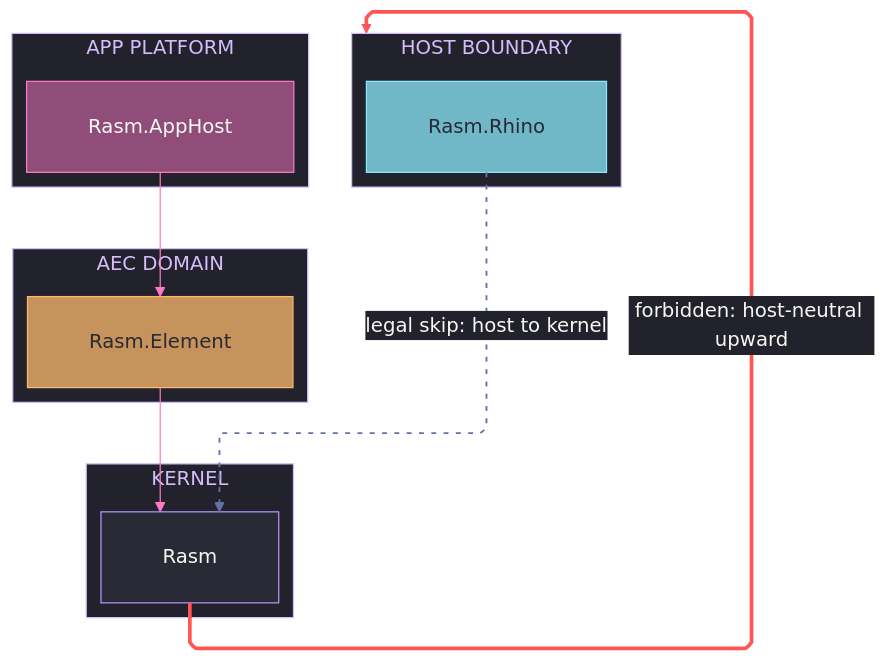
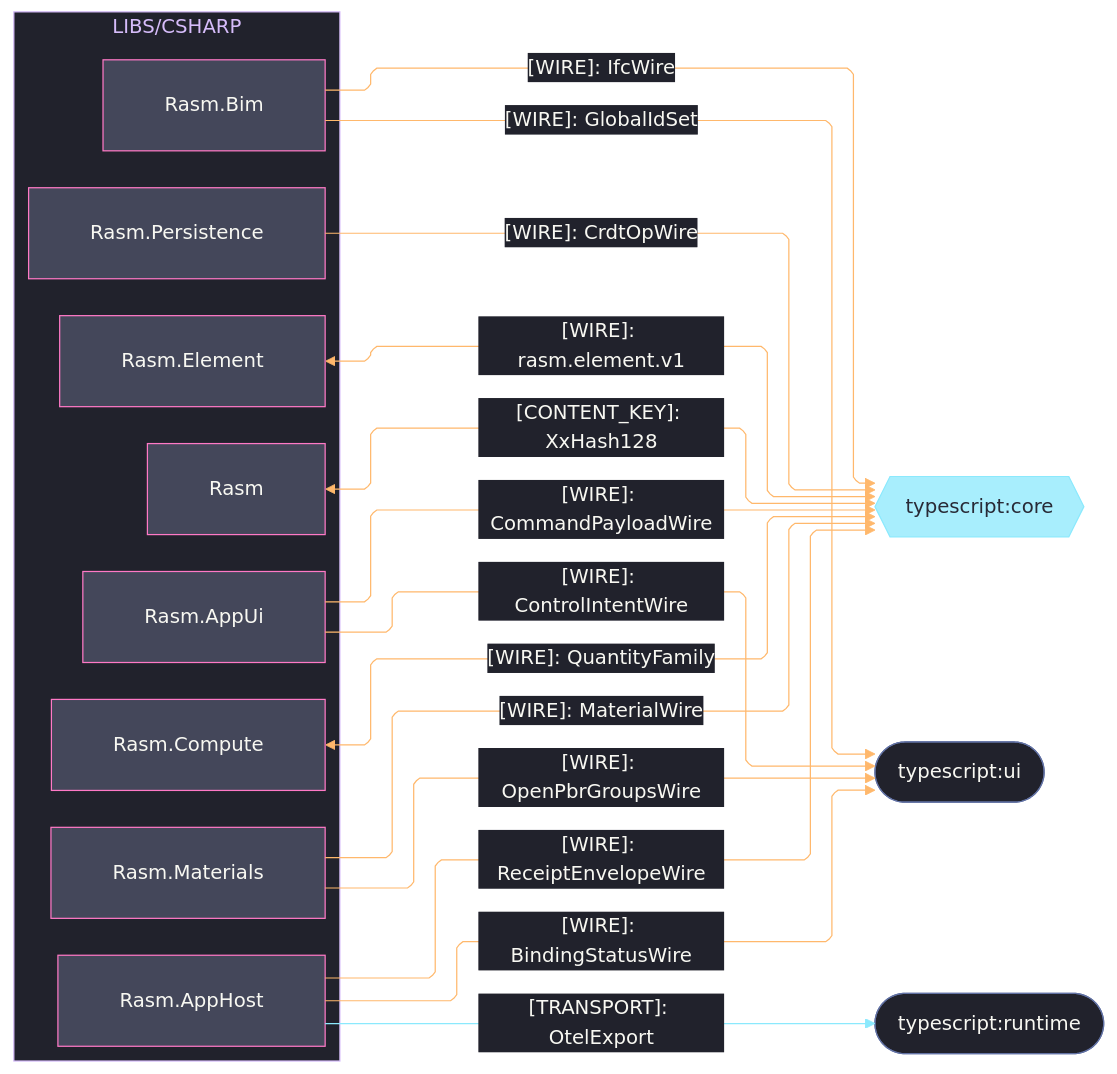
One commit to bsamiee/Rasm changed the third of 3 diagrams in libs/csharp/.planning/ARCHITECTURE.md. Above: the diagram before and after it, drawn with Mermaid. The commit also changed other lines of this file and 24 other files, not shown here.

Commit message:
architecture: seam registries + codemaps aligned across the estate (worker fabric edges, scene rows, csharp/ts seam mirrors)

````diff
--- a/libs/csharp/.planning/ARCHITECTURE.md
+++ b/libs/csharp/.planning/ARCHITECTURE.md
@@ -93,57 +186,67 @@
 ```mermaid
 ---
 config:
   theme: base
   look: classic
   layout: elk
   flowchart:
     curve: linear
     padding: 25
   themeVariables:
     darkMode: true
     fontFamily: "SF Mono, Menlo, Cascadia Mono, Segoe UI Mono, Consolas, monospace"
     useGradient: false
     dropShadow: "none"
     background: "#282A36"
     primaryColor: "#44475A"
     primaryTextColor: "#F8F8F2"
     primaryBorderColor: "#BD93F9"
     lineColor: "#FF79C6"
     textColor: "#F8F8F2"
     clusterBkg: "#21222C"
     clusterBorder: "#D6BCFA"
     edgeLabelBackground: "#21222C"
     labelBackgroundColor: "#21222C"
     titleColor: "#D6BCFA"
   themeCSS: ".nodeLabel{font-size:13px;font-weight:500}.edgeLabel{font-size:12px;font-weight:500}.cluster-label .nodeLabel{font-size:13.5px;font-weight:700;letter-spacing:.08em}.edge-thickness-normal{stroke-width:2px}.edge-thickness-thick{stroke-width:3px}.edge-pattern-dashed,.edge-pattern-dotted{stroke-width:1.5px;stroke-dasharray:4 6}.node rect,.node circle,.node polygon,.node path,.node .outer-path{stroke-width:1.5px;filter:none!important}.cluster rect{stroke-width:1px!important;stroke-dasharray:5 4!important;filter:none!important}.marker path{transform:scale(.8);transform-origin:5px 5px}.marker circle{transform:scale(.48);transform-origin:5px 5px}.edgeLabel rect{transform-box:fill-box;transform-origin:center;transform:scale(1.1,1.2)}"
 ---
-flowchart TB
-    accTitle: C# branch package stratum law
-    accDescr: Four stacked strata from the host boundary through the app platform and the AEC domain onto the kernel, downward-only reference edges, the host-boundary skip straight to the kernel, and the forbidden host-neutral upward edge styled red.
-    subgraph L4[HOST BOUNDARY]
-        Host[Rasm.Rhino]
+flowchart LR
+    accTitle: C# branch typescript seam registry
+    accDescr: C# packages producing kinded wires the typescript core, runtime, and ui domains decode — data-bearing kinds on the orange rail, telemetry transport on the cyan rail — bidirectional peers as hexagons, one-way sinks as stadiums.
+    subgraph csharp[LIBS/CSHARP]
+        Rasm[Rasm]
+        Element[Rasm.Element]
+        Compute[Rasm.Compute]
+        Persistence[Rasm.Persistence]
+        Bim[Rasm.Bim]
+        Materials[Rasm.Materials]
+        AppUi[Rasm.AppUi]
+        AppHost[Rasm.AppHost]
     end
-    subgraph L3[APP PLATFORM]
-        Platform[Rasm.AppHost]
-    end
-    subgraph L2[AEC DOMAIN]
-        Domain[Rasm.Element]
-    end
-    subgraph L1[KERNEL]
-        Kernel[Rasm]
-    end
-    Platform --> Domain
-    Domain --> Kernel
-    Host -.->|"legal skip: host to kernel"| Kernel
-    Kernel -->|"forbidden: host-neutral upward"| L4
-    linkStyle 2 stroke:#6272A4,color:#F8F8F2,stroke-width:1.5px,stroke-dasharray:4 6
-    linkStyle 3 stroke:#FF5555,stroke-width:3px,color:#F8F8F2
-    classDef stratumHost fill:#8BE9FDBF,stroke:#8BE9FD,color:#282A36
-    classDef stratumPlatform fill:#FF79C680,stroke:#FF79C6,color:#F8F8F2
-    classDef stratumDomain fill:#FFB86CBF,stroke:#FFB86C,color:#282A36
-    classDef boundary fill:#282A36,stroke:#BD93F9,color:#F8F8F2
-    class Host stratumHost
-    class Platform stratumPlatform
-    class Domain stratumDomain
-    class Kernel boundary
+    TsCore{{typescript:core}}
+    TsUi([typescript:ui])
+    TsRuntime([typescript:runtime])
+    Rasm e1@<-->|"[CONTENT_KEY]: XxHash128"| TsCore
+    Element e2@<-->|"[WIRE]: rasm.element.v1"| TsCore
+    Compute e3@<-->|"[WIRE]: QuantityFamily"| TsCore
+    Persistence e4@-->|"[WIRE]: CrdtOpWire"| TsCore
+    Bim e5@-->|"[WIRE]: IfcWire"| TsCore
+    Materials e6@-->|"[WIRE]: MaterialWire"| TsCore
+    AppUi e7@-->|"[WIRE]: CommandPayloadWire"| TsCore
+    AppHost e8@-->|"[WIRE]: ReceiptEnvelopeWire"| TsCore
+    Bim e12@-->|"[WIRE]: GlobalIdSet"| TsUi
+    Materials e13@-->|"[WIRE]: OpenPbrGroupsWire"| TsUi
+    AppUi e11@-->|"[WIRE]: ControlIntentWire"| TsUi
+    AppHost e10@-->|"[WIRE]: BindingStatusWire"| TsUi
+    AppHost e9@-->|"[TRANSPORT]: OtelExport"| TsRuntime
+    classDef primary fill:#44475A,stroke:#FF79C6,color:#F8F8F2
+    classDef external fill:#8BE9FDBF,stroke:#8BE9FD,color:#282A36
+    classDef recessed fill:#21222C,stroke:#6272A4,color:#F8F8F2
+    classDef edgeData stroke:#FFB86C,color:#F8F8F2
+    classDef edgeExternal stroke:#8BE9FD,color:#F8F8F2
+    class Rasm,Element,Bim,Materials,AppHost,Compute,Persistence,AppUi primary
+    class TsCore external
+    class TsRuntime,TsUi recessed
+    class e1,e2,e3,e4,e5,e6,e7,e8,e10,e11,e12,e13 edgeData
+    class e9 edgeExternal
 ```
````
